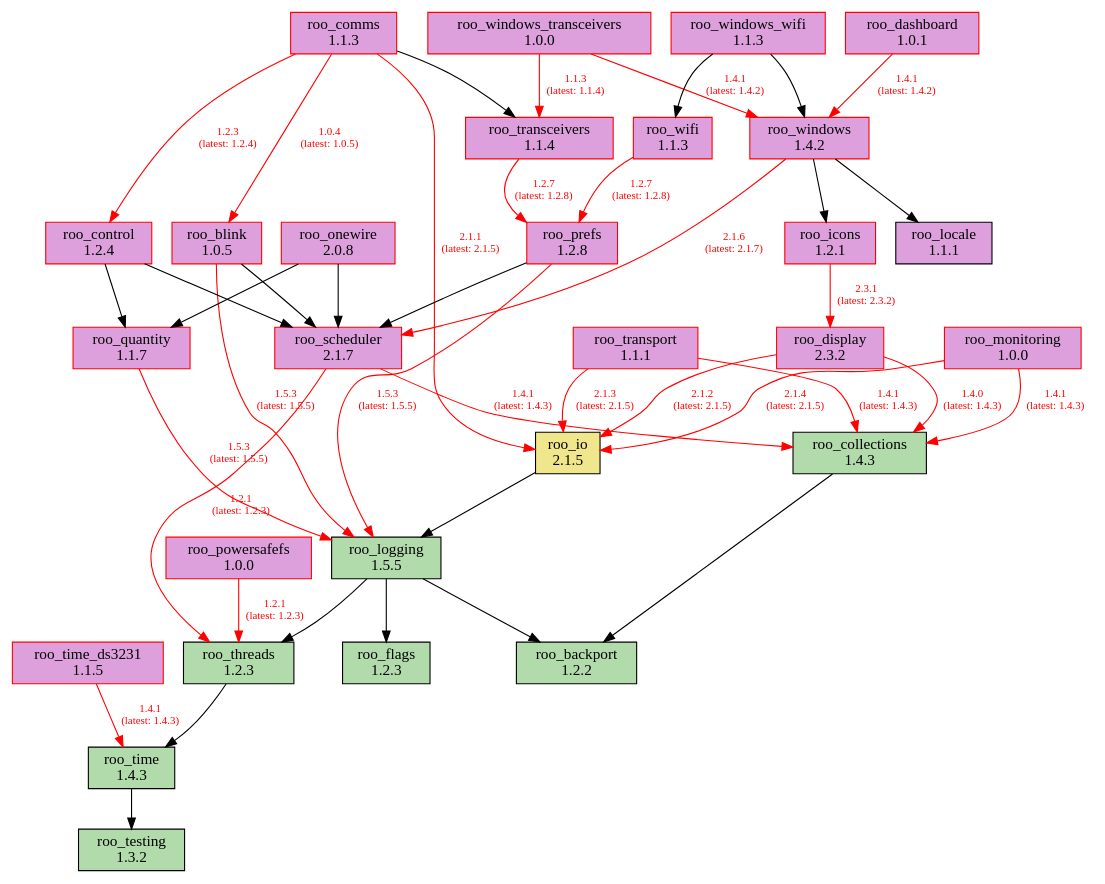
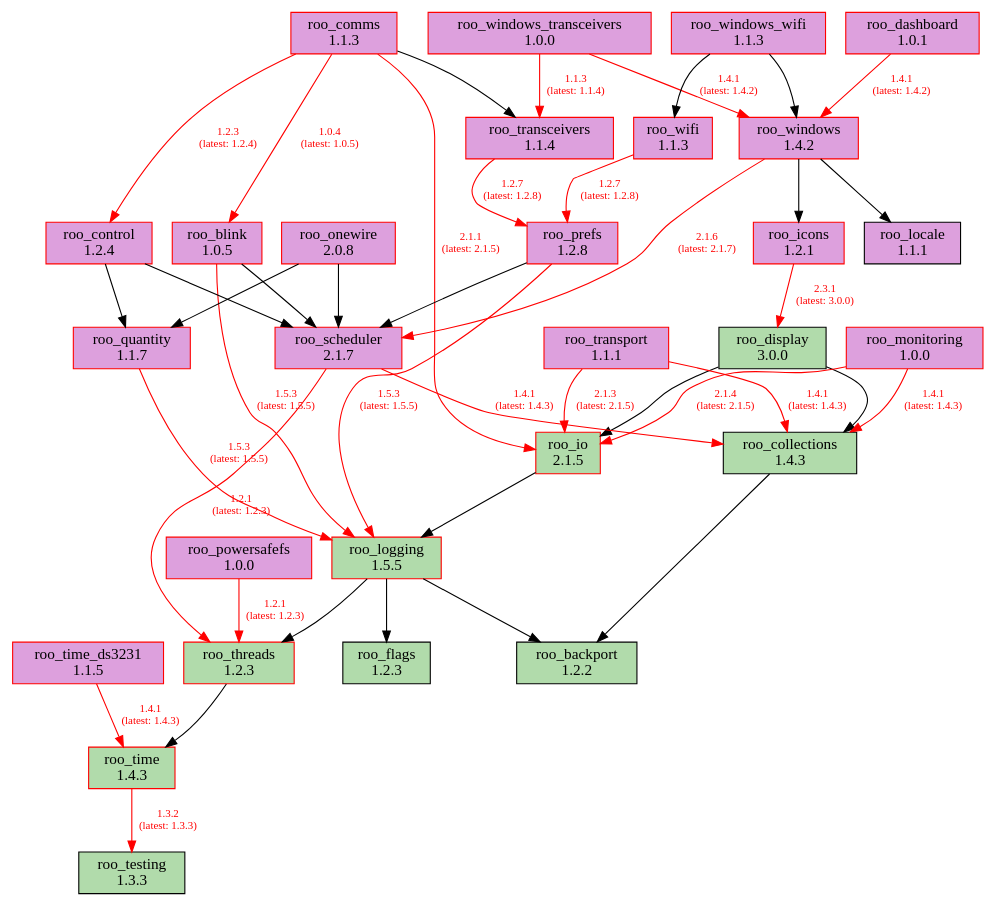
Before and after one commit to dejwk/roo-registry: the diagram in doc/dependencies.dot, drawn with Graphviz. The commit also changed 3 other files, not shown here.

Commit message:
Added roo_display 3.0.0 to the registry.

```diff
--- a/doc/dependencies.dot
+++ b/doc/dependencies.dot
@@ -1,78 +1,78 @@
 digraph dependencies {
     rankdir=TB;
     node [shape=box, style=filled];
     edge [fontsize=10];
 
     // Modules
     "roo_backport" [label="roo_backport\n1.2.2", fillcolor="#b1dbab", color="black"];
     "roo_blink" [label="roo_blink\n1.0.5", fillcolor="plum", color="red"];
     "roo_collections" [label="roo_collections\n1.4.3", fillcolor="#b1dbab", color="black"];
     "roo_comms" [label="roo_comms\n1.1.3", fillcolor="plum", color="red"];
     "roo_control" [label="roo_control\n1.2.4", fillcolor="plum", color="red"];
     "roo_dashboard" [label="roo_dashboard\n1.0.1", fillcolor="plum", color="red"];
-    "roo_display" [label="roo_display\n2.3.2", fillcolor="plum", color="red"];
+    "roo_display" [label="roo_display\n3.0.0", fillcolor="#b1dbab", color="black"];
     "roo_flags" [label="roo_flags\n1.2.3", fillcolor="#b1dbab", color="black"];
     "roo_icons" [label="roo_icons\n1.2.1", fillcolor="plum", color="red"];
-    "roo_io" [label="roo_io\n2.1.5", fillcolor="khaki", color="black"];
+    "roo_io" [label="roo_io\n2.1.5", fillcolor="#b1dbab", color="red"];
     "roo_locale" [label="roo_locale\n1.1.1", fillcolor="plum", color="black"];
-    "roo_logging" [label="roo_logging\n1.5.5", fillcolor="#b1dbab", color="black"];
+    "roo_logging" [label="roo_logging\n1.5.5", fillcolor="#b1dbab", color="red"];
     "roo_monitoring" [label="roo_monitoring\n1.0.0", fillcolor="plum", color="red"];
     "roo_onewire" [label="roo_onewire\n2.0.8", fillcolor="plum", color="red"];
     "roo_powersafefs" [label="roo_powersafefs\n1.0.0", fillcolor="plum", color="red"];
     "roo_prefs" [label="roo_prefs\n1.2.8", fillcolor="plum", color="red"];
     "roo_quantity" [label="roo_quantity\n1.1.7", fillcolor="plum", color="red"];
     "roo_scheduler" [label="roo_scheduler\n2.1.7", fillcolor="plum", color="red"];
-    "roo_testing" [label="roo_testing\n1.3.2", fillcolor="#b1dbab", color="black"];
-    "roo_threads" [label="roo_threads\n1.2.3", fillcolor="#b1dbab", color="black"];
-    "roo_time" [label="roo_time\n1.4.3", fillcolor="#b1dbab", color="black"];
+    "roo_testing" [label="roo_testing\n1.3.3", fillcolor="#b1dbab", color="black"];
+    "roo_threads" [label="roo_threads\n1.2.3", fillcolor="#b1dbab", color="red"];
+    "roo_time" [label="roo_time\n1.4.3", fillcolor="#b1dbab", color="red"];
     "roo_time_ds3231" [label="roo_time_ds3231\n1.1.5", fillcolor="plum", color="red"];
     "roo_transceivers" [label="roo_transceivers\n1.1.4", fillcolor="plum", color="red"];
     "roo_transport" [label="roo_transport\n1.1.1", fillcolor="plum", color="red"];
     "roo_wifi" [label="roo_wifi\n1.1.3", fillcolor="plum", color="red"];
     "roo_windows" [label="roo_windows\n1.4.2", fillcolor="plum", color="red"];
     "roo_windows_transceivers" [label="roo_windows_transceivers\n1.0.0", fillcolor="plum", color="red"];
     "roo_windows_wifi" [label="roo_windows_wifi\n1.1.3", fillcolor="plum", color="red"];
 
     // Dependencies
     "roo_blink" -> "roo_logging" [color=red, fontcolor=red, label="1.5.3\n(latest: 1.5.5)"];
     "roo_blink" -> "roo_scheduler";
     "roo_collections" -> "roo_backport";
     "roo_comms" -> "roo_blink" [color=red, fontcolor=red, label="1.0.4\n(latest: 1.0.5)"];
     "roo_comms" -> "roo_control" [color=red, fontcolor=red, label="1.2.3\n(latest: 1.2.4)"];
     "roo_comms" -> "roo_io" [color=red, fontcolor=red, label="2.1.1\n(latest: 2.1.5)"];
     "roo_comms" -> "roo_transceivers";
     "roo_control" -> "roo_quantity";
     "roo_control" -> "roo_scheduler";
     "roo_dashboard" -> "roo_windows" [color=red, fontcolor=red, label="1.4.1\n(latest: 1.4.2)"];
-    "roo_display" -> "roo_collections" [color=red, fontcolor=red, label="1.4.0\n(latest: 1.4.3)"];
-    "roo_display" -> "roo_io" [color=red, fontcolor=red, label="2.1.2\n(latest: 2.1.5)"];
-    "roo_icons" -> "roo_display" [color=red, fontcolor=red, label="2.3.1\n(latest: 2.3.2)"];
+    "roo_display" -> "roo_collections";
+    "roo_display" -> "roo_io";
+    "roo_icons" -> "roo_display" [color=red, fontcolor=red, label="2.3.1\n(latest: 3.0.0)"];
     "roo_io" -> "roo_logging";
     "roo_logging" -> "roo_backport";
     "roo_logging" -> "roo_flags";
     "roo_logging" -> "roo_threads";
     "roo_monitoring" -> "roo_collections" [color=red, fontcolor=red, label="1.4.1\n(latest: 1.4.3)"];
     "roo_monitoring" -> "roo_io" [color=red, fontcolor=red, label="2.1.4\n(latest: 2.1.5)"];
     "roo_onewire" -> "roo_scheduler";
     "roo_onewire" -> "roo_quantity";
     "roo_powersafefs" -> "roo_threads" [color=red, fontcolor=red, label="1.2.1\n(latest: 1.2.3)"];
     "roo_prefs" -> "roo_logging" [color=red, fontcolor=red, label="1.5.3\n(latest: 1.5.5)"];
     "roo_prefs" -> "roo_scheduler";
     "roo_quantity" -> "roo_logging" [color=red, fontcolor=red, label="1.5.3\n(latest: 1.5.5)"];
     "roo_scheduler" -> "roo_collections" [color=red, fontcolor=red, label="1.4.1\n(latest: 1.4.3)"];
     "roo_scheduler" -> "roo_threads" [color=red, fontcolor=red, label="1.2.1\n(latest: 1.2.3)"];
     "roo_threads" -> "roo_time";
-    "roo_time" -> "roo_testing";
+    "roo_time" -> "roo_testing" [color=red, fontcolor=red, label="1.3.2\n(latest: 1.3.3)"];
     "roo_time_ds3231" -> "roo_time" [color=red, fontcolor=red, label="1.4.1\n(latest: 1.4.3)"];
     "roo_transceivers" -> "roo_prefs" [color=red, fontcolor=red, label="1.2.7\n(latest: 1.2.8)"];
     "roo_transport" -> "roo_collections" [color=red, fontcolor=red, label="1.4.1\n(latest: 1.4.3)"];
     "roo_transport" -> "roo_io" [color=red, fontcolor=red, label="2.1.3\n(latest: 2.1.5)"];
     "roo_wifi" -> "roo_prefs" [color=red, fontcolor=red, label="1.2.7\n(latest: 1.2.8)"];
     "roo_windows" -> "roo_locale";
     "roo_windows" -> "roo_icons";
     "roo_windows" -> "roo_scheduler" [color=red, fontcolor=red, label="2.1.6\n(latest: 2.1.7)"];
     "roo_windows_transceivers" -> "roo_transceivers" [color=red, fontcolor=red, label="1.1.3\n(latest: 1.1.4)"];
     "roo_windows_transceivers" -> "roo_windows" [color=red, fontcolor=red, label="1.4.1\n(latest: 1.4.2)"];
     "roo_windows_wifi" -> "roo_wifi";
     "roo_windows_wifi" -> "roo_windows";
 }
```
